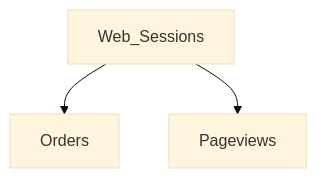
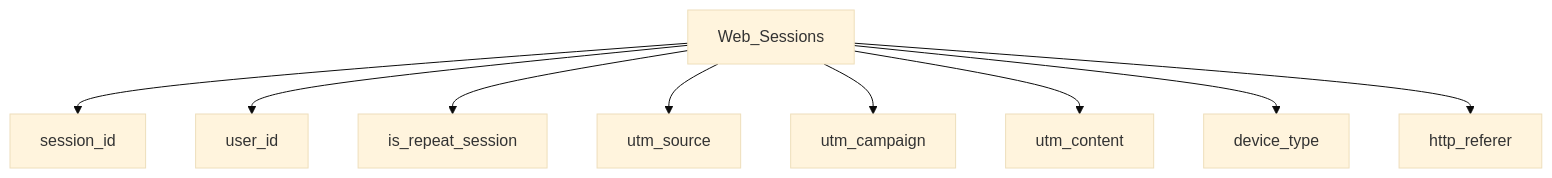
One commit to walidmedani/SQL-Web_Analytics changed the diagram in README.md. Above: the diagram before and after it, drawn with Mermaid (base theme).

````diff
--- a/README.md
+++ b/README.md
@@ -15,5 +15,11 @@
 ```mermaid
 graph TD;
-    Web_Sessions-->Orders;
-    Web_Sessions-->Pageviews;
+    Web_Sessions-->session_id;
+    Web_Sessions-->user_id;
+    Web_Sessions-->is_repeat_session;
+    Web_Sessions-->utm_source;
+    Web_Sessions-->utm_campaign;
+    Web_Sessions-->utm_content;
+    Web_Sessions-->device_type;
+    Web_Sessions-->http_referer;
 ```
````
